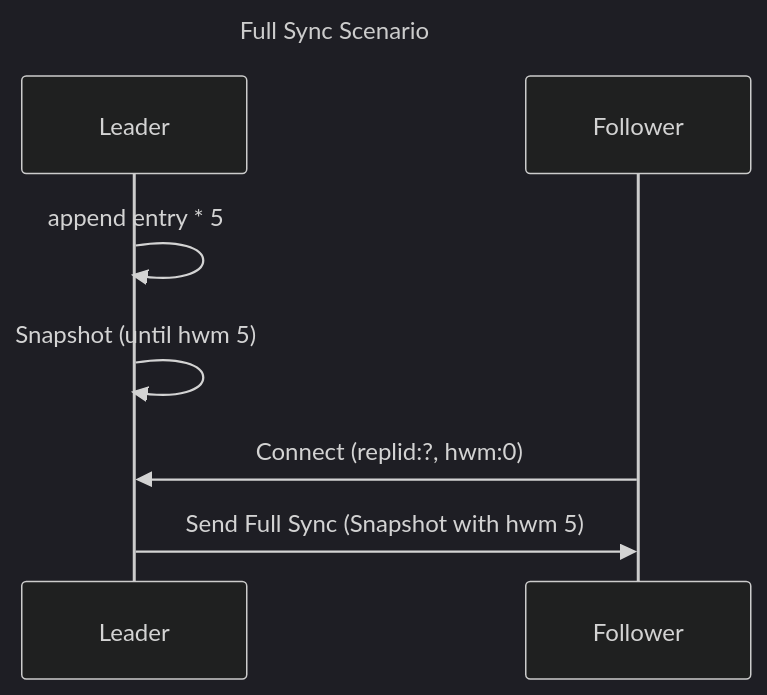
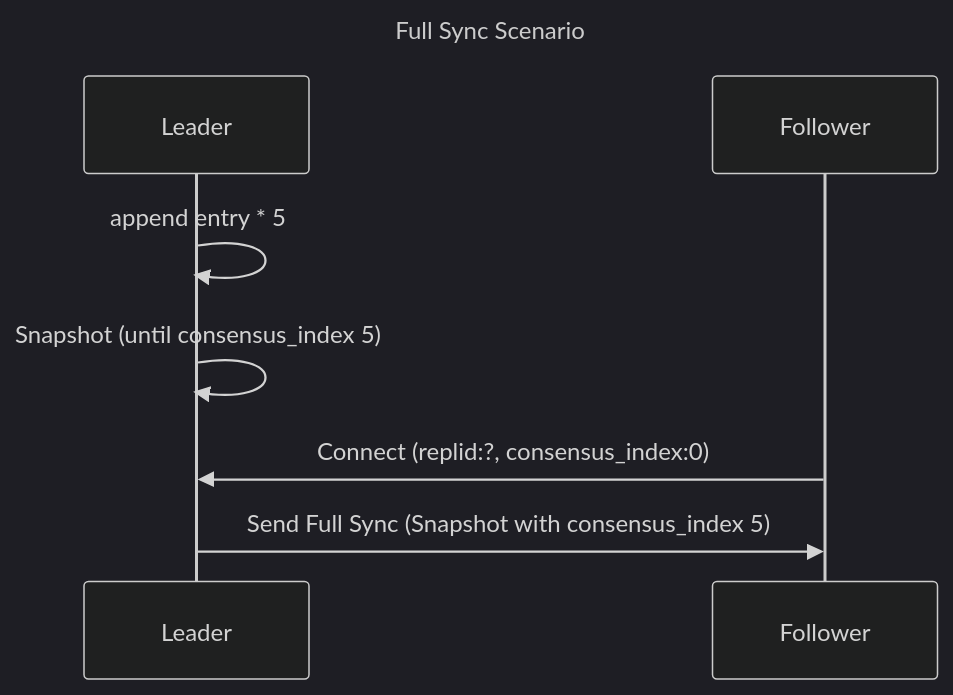
One commit to Migorithm/duva changed the diagram in diagrams/full_sync_scenario_snapshot.mmd. Above: the diagram before and after it, drawn with Mermaid (dark theme). The commit also changed 26 other files, not shown here.

Commit message:
chore: rename hwm to consensus index

```diff
--- a/diagrams/full_sync_scenario_snapshot.mmd
+++ b/diagrams/full_sync_scenario_snapshot.mmd
@@ -1,10 +1,10 @@
 ---
 title: Full Sync Scenario
 ---
 sequenceDiagram
     participant L as Leader
     participant F as Follower
     L ->> L: append entry * 5
-    L ->> L: Snapshot (until hwm 5)
-    F ->> L: Connect (replid:?, hwm:0)
-    L ->> F: Send Full Sync (Snapshot with hwm 5)
+    L ->> L: Snapshot (until consensus_index 5)
+    F ->> L: Connect (replid:?, consensus_index:0)
+    L ->> F: Send Full Sync (Snapshot with consensus_index 5)
```
